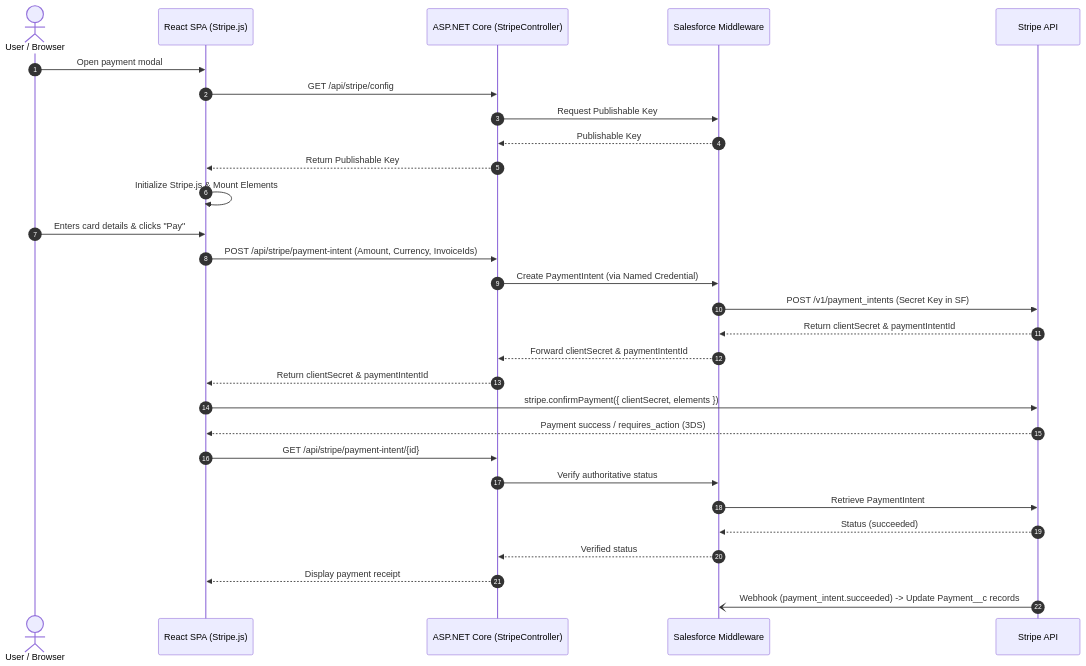
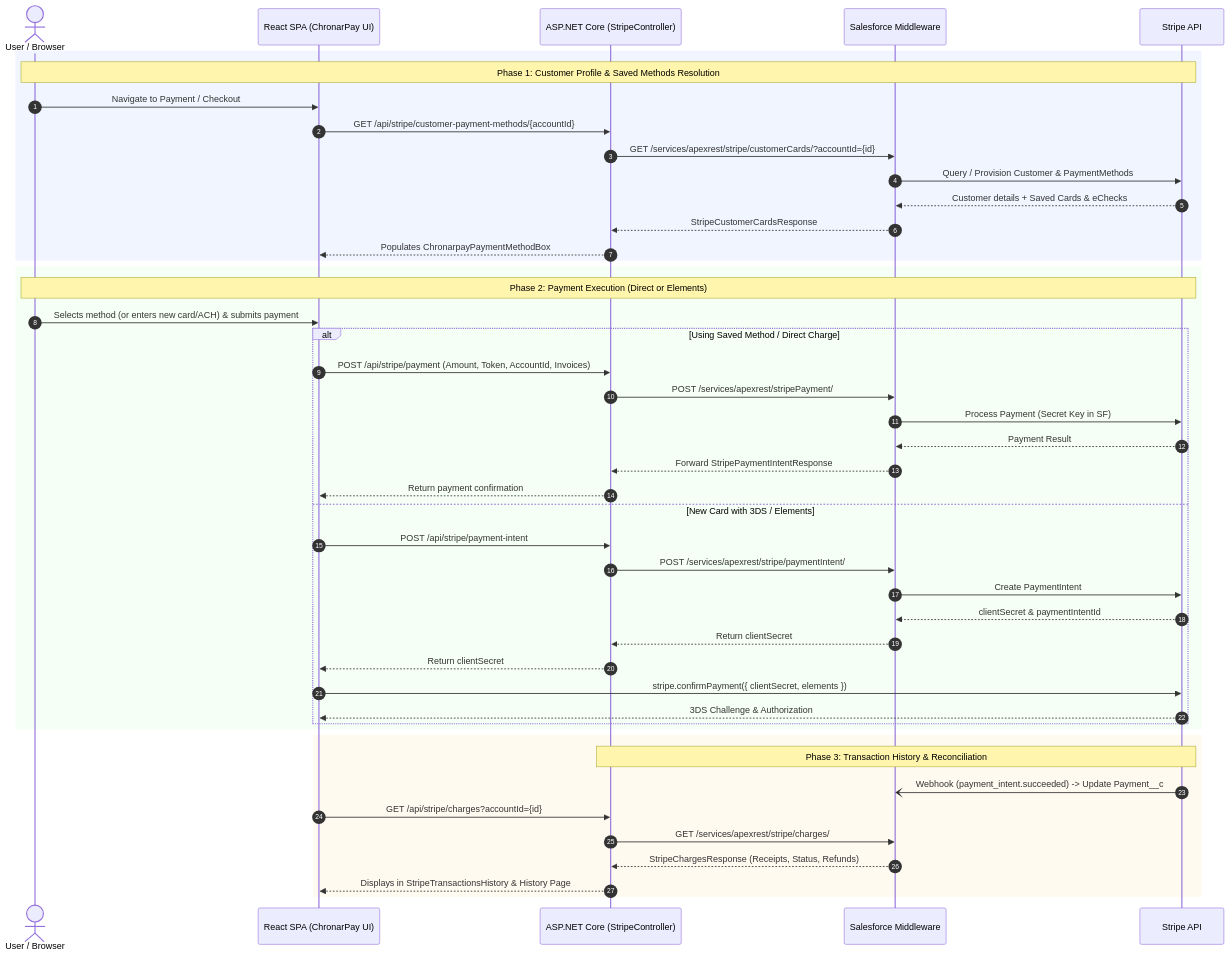
Before and after one commit to lokesh-nallapotala-sds/epay3: the second of 2 diagrams in README.md, drawn with Mermaid. The commit also changed other lines of this file and 27 other files, not shown here.

First line of the commit message:
feat(stripe): add direct payment processing, ACH eChecks, modern checkout, and transaction history

````diff
--- a/README.md
+++ b/README.md
@@ -165,34 +218,54 @@
 ```mermaid
 sequenceDiagram
     autonumber
     actor Customer as User / Browser
-    participant Client as React SPA (Stripe.js)
+    participant Client as React SPA (ChronarPay UI)
     participant NetAPI as ASP.NET Core (StripeController)
     participant SF as Salesforce Middleware
     participant Stripe as Stripe API
 
-    Customer->>Client: Open payment modal
-    Client->>NetAPI: GET /api/stripe/config
-    NetAPI->>SF: Request Publishable Key
-    SF-->>NetAPI: Publishable Key
-    NetAPI-->>Client: Return Publishable Key
-    Client->>Client: Initialize Stripe.js & Mount Elements
+    %% Phase 1: Customer & Methods Resolution
+    rect rgb(240, 245, 255)
+    Note over Customer,Stripe: Phase 1: Customer Profile & Saved Methods Resolution
+    Customer->>Client: Navigate to Payment / Checkout
+    Client->>NetAPI: GET /api/stripe/customer-payment-methods/{accountId}
+    NetAPI->>SF: GET /services/apexrest/stripe/customerCards/?accountId={id}
+    SF->>Stripe: Query / Provision Customer & PaymentMethods
+    Stripe-->>SF: Customer details + Saved Cards & eChecks
+    SF-->>NetAPI: StripeCustomerCardsResponse
+    NetAPI-->>Client: Populates ChronarpayPaymentMethodBox
+    end
 
-    Customer->>Client: Enters card details & clicks "Pay"
-    Client->>NetAPI: POST /api/stripe/payment-intent (Amount, Currency, InvoiceIds)
-    NetAPI->>SF: Create PaymentIntent (via Named Credential)
-    SF->>Stripe: POST /v1/payment_intents (Secret Key in SF)
-    Stripe-->>SF: Return clientSecret & paymentIntentId
-    SF-->>NetAPI: Forward clientSecret & paymentIntentId
-    NetAPI-->>Client: Return clientSecret & paymentIntentId
+    %% Phase 2: Payment Execution
+    rect rgb(245, 255, 245)
+    Note over Customer,Stripe: Phase 2: Payment Execution (Direct or Elements)
+    Customer->>Client: Selects method (or enters new card/ACH) & submits payment
+    alt Using Saved Method / Direct Charge
+        Client->>NetAPI: POST /api/stripe/payment (Amount, Token, AccountId, Invoices)
+        NetAPI->>SF: POST /services/apexrest/stripePayment/
+        SF->>Stripe: Process Payment (Secret Key in SF)
+        Stripe-->>SF: Payment Result
+        SF-->>NetAPI: Forward StripePaymentIntentResponse
+        NetAPI-->>Client: Return payment confirmation
+    else New Card with 3DS / Elements
+        Client->>NetAPI: POST /api/stripe/payment-intent
+        NetAPI->>SF: POST /services/apexrest/stripe/paymentIntent/
+        SF->>Stripe: Create PaymentIntent
+        Stripe-->>SF: clientSecret & paymentIntentId
+        SF-->>NetAPI: Return clientSecret
+        NetAPI-->>Client: Return clientSecret
+        Client->>Stripe: stripe.confirmPayment({ clientSecret, elements })
+        Stripe-->>Client: 3DS Challenge & Authorization
+    end
+    end
 
-    Client->>Stripe: stripe.confirmPayment({ clientSecret, elements })
-    Stripe-->>Client: Payment success / requires_action (3DS)
-    Client->>NetAPI: GET /api/stripe/payment-intent/{id}
-    NetAPI->>SF: Verify authoritative status
-    SF->>Stripe: Retrieve PaymentIntent
-    Stripe-->>SF: Status (succeeded)
-    SF-->>NetAPI: Verified status
-    NetAPI-->>Client: Display payment receipt
-    Stripe-)SF: Webhook (payment_intent.succeeded) -> Update Payment__c records
+    %% Phase 3: Webhook & Transaction Record
+    rect rgb(255, 250, 240)
+    Note over NetAPI,Stripe: Phase 3: Transaction History & Reconciliation
+    Stripe-)SF: Webhook (payment_intent.succeeded) -> Update Payment__c
+    Client->>NetAPI: GET /api/stripe/charges?accountId={id}
+    NetAPI->>SF: GET /services/apexrest/stripe/charges/
+    SF-->>NetAPI: StripeChargesResponse (Receipts, Status, Refunds)
+    NetAPI-->>Client: Displays in StripeTransactionsHistory & History Page
+    end
 ```
````
